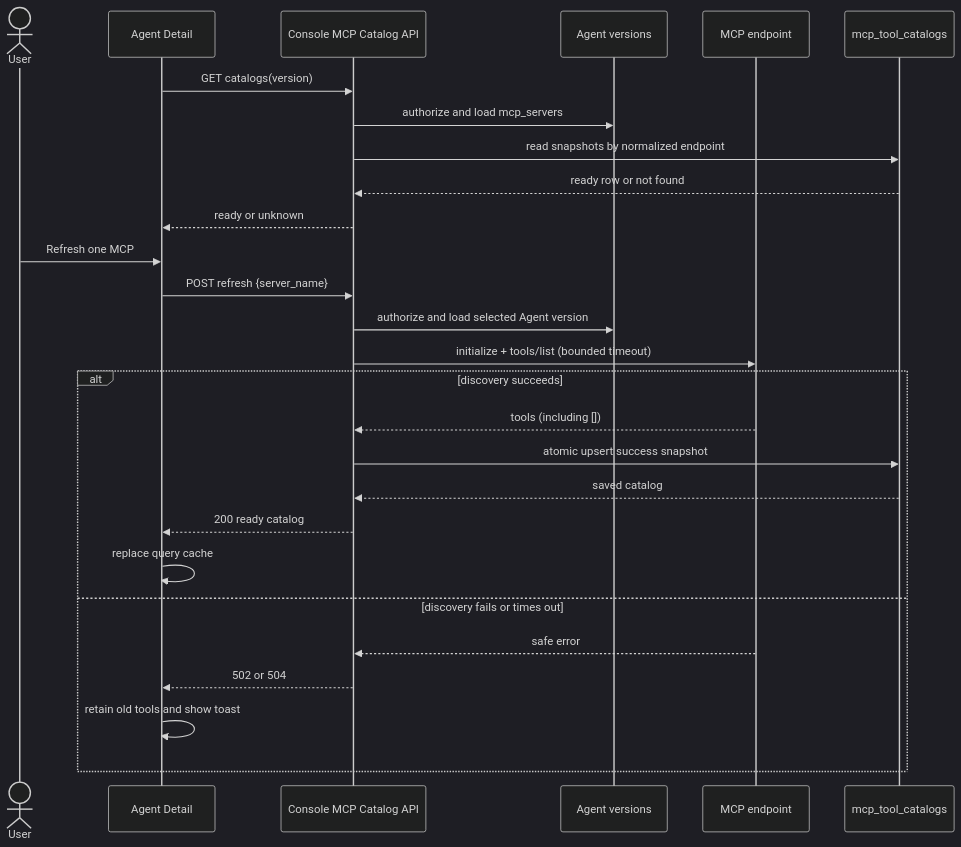
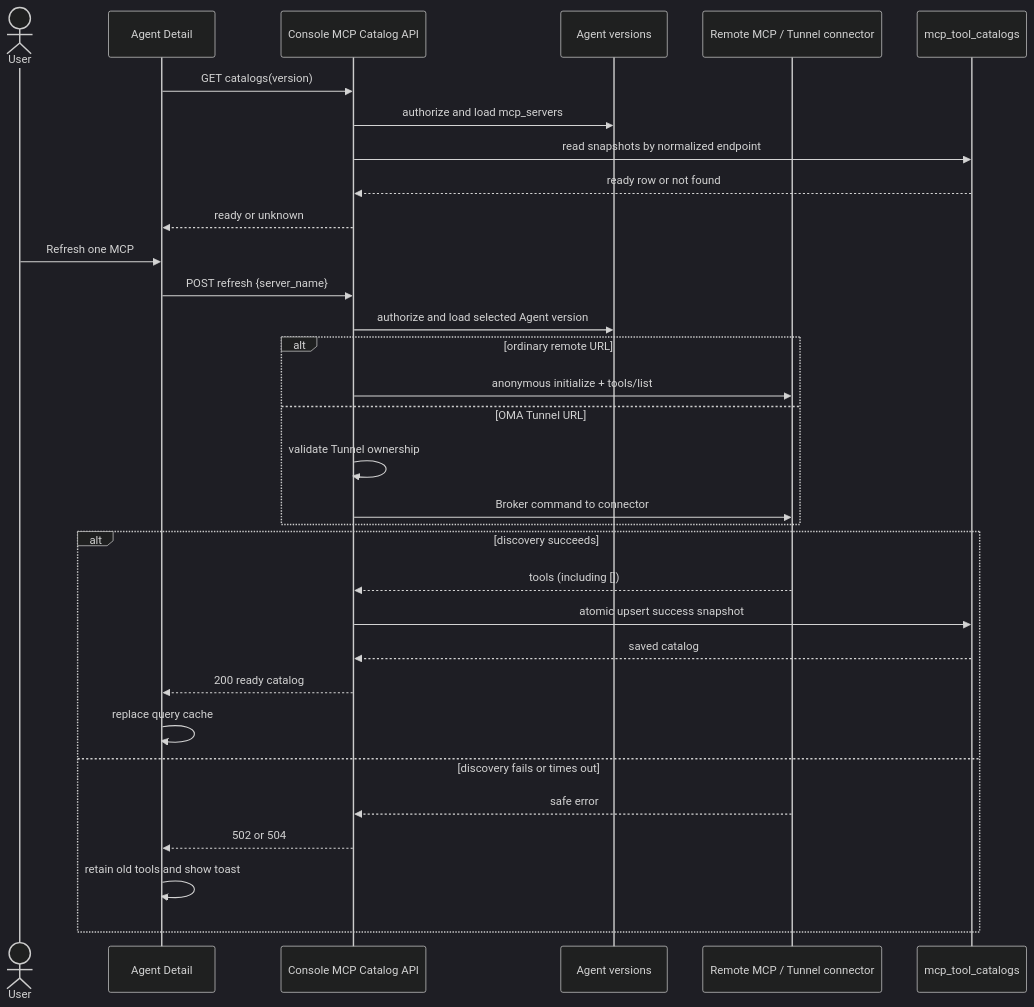
Before and after one commit to superduck-ai/open-managed-agents: the diagram in docs/design/mcp-tool-catalog-discovery.md, drawn with Mermaid (dark theme). The commit also changed other lines of this file and 197 other files, not shown here.

First line of the commit message:
Add NATS-backed MCP Tunnel support (#296)

````diff
--- a/docs/design/mcp-tool-catalog-discovery.md
+++ b/docs/design/mcp-tool-catalog-discovery.md
@@ -74,31 +80,36 @@
 ```mermaid
 sequenceDiagram
   actor User as User
   participant UI as Agent Detail
   participant API as Console MCP Catalog API
   participant AgentDB as Agent versions
-  participant MCP as MCP endpoint
+  participant MCP as Remote MCP / Tunnel connector
   participant CatalogDB as mcp_tool_catalogs
 
   UI->>API: GET catalogs(version)
   API->>AgentDB: authorize and load mcp_servers
   API->>CatalogDB: read snapshots by normalized endpoint
   CatalogDB-->>API: ready row or not found
   API-->>UI: ready or unknown
 
   User->>UI: Refresh one MCP
   UI->>API: POST refresh {server_name}
   API->>AgentDB: authorize and load selected Agent version
-  API->>MCP: initialize + tools/list (bounded timeout)
+  alt ordinary remote URL
+    API->>MCP: anonymous initialize + tools/list
+  else OMA Tunnel URL
+    API->>API: validate Tunnel ownership
+    API->>MCP: Broker command to connector
+  end
   alt discovery succeeds
     MCP-->>API: tools (including [])
     API->>CatalogDB: atomic upsert success snapshot
     CatalogDB-->>API: saved catalog
     API-->>UI: 200 ready catalog
     UI->>UI: replace query cache
   else discovery fails or times out
     MCP-->>API: safe error
     API-->>UI: 502 or 504
     UI->>UI: retain old tools and show toast
   end
 ```
````
